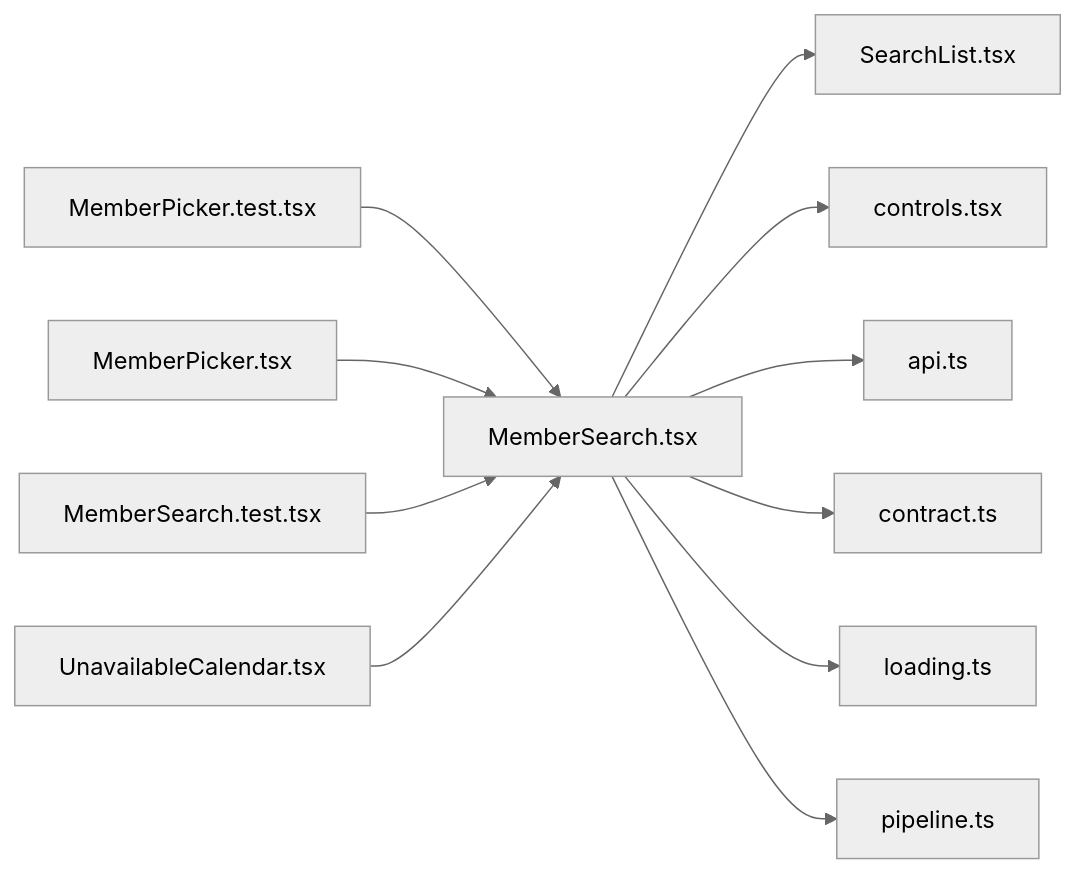
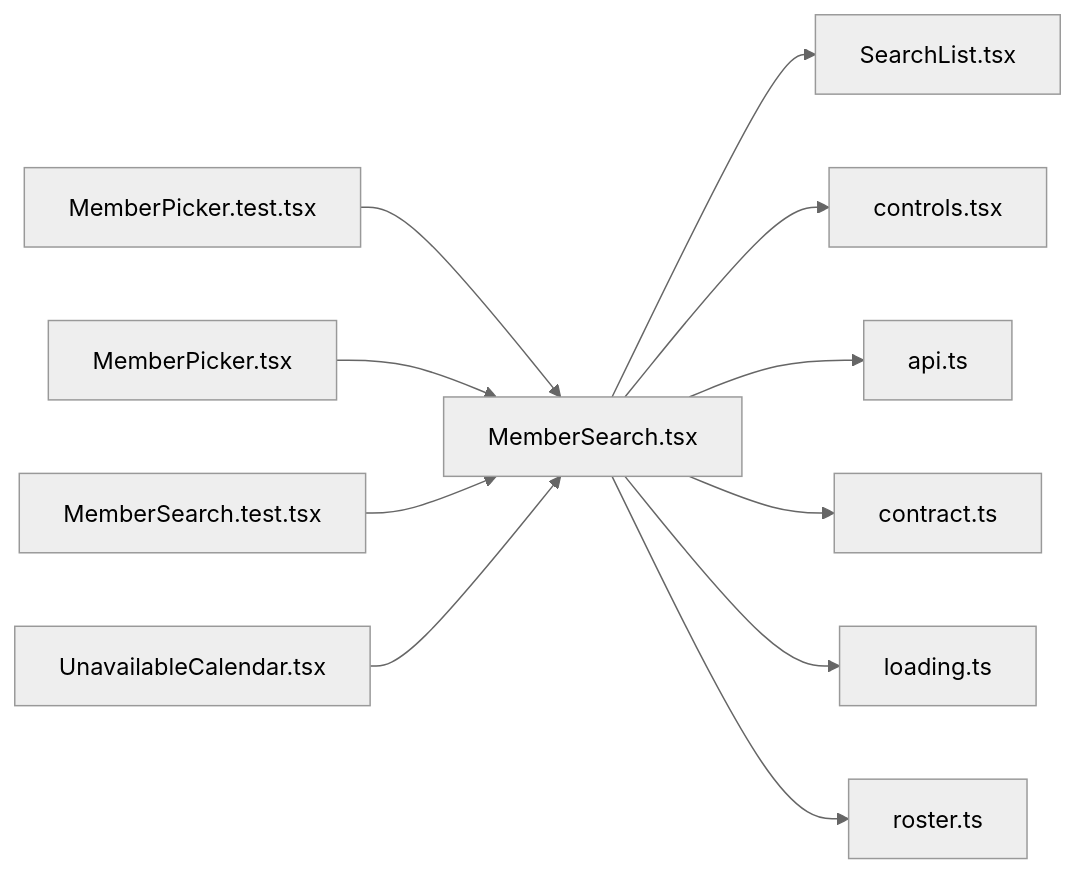
The diagram in .cluedoc/graph/frontend/src/components/MemberSearch.md (minkong-dev/Banblit), drawn with Mermaid (neutral theme) before and after one commit. The commit also changed other lines of this file and 56 other files, not shown here.

Commit message:
frontend: import pure lib functions from their own files instead of through pipeline

````diff
--- a/.cluedoc/graph/frontend/src/components/MemberSearch.md
+++ b/.cluedoc/graph/frontend/src/components/MemberSearch.md
@@ -10,14 +10,14 @@
 ```mermaid
 flowchart LR
   frontend_src_components_MemberSearch["MemberSearch.tsx"]
   frontend_src_components_MemberSearch --> frontend_src_components_SearchList["SearchList.tsx"]
   frontend_src_components_MemberSearch --> frontend_src_components_controls["controls.tsx"]
   frontend_src_components_MemberSearch --> frontend_src_lib_api["api.ts"]
   frontend_src_components_MemberSearch --> frontend_src_lib_contract["contract.ts"]
   frontend_src_components_MemberSearch --> frontend_src_lib_loading["loading.ts"]
-  frontend_src_components_MemberSearch --> frontend_src_lib_pipeline["pipeline.ts"]
+  frontend_src_components_MemberSearch --> frontend_src_lib_roster["roster.ts"]
   frontend_src_components_MemberPicker_test["MemberPicker.test.tsx"] --> frontend_src_components_MemberSearch
   frontend_src_components_MemberPicker["MemberPicker.tsx"] --> frontend_src_components_MemberSearch
   frontend_src_components_MemberSearch_test["MemberSearch.test.tsx"] --> frontend_src_components_MemberSearch
   frontend_src_routes_UnavailableCalendar["UnavailableCalendar.tsx"] --> frontend_src_components_MemberSearch
 ```
````
